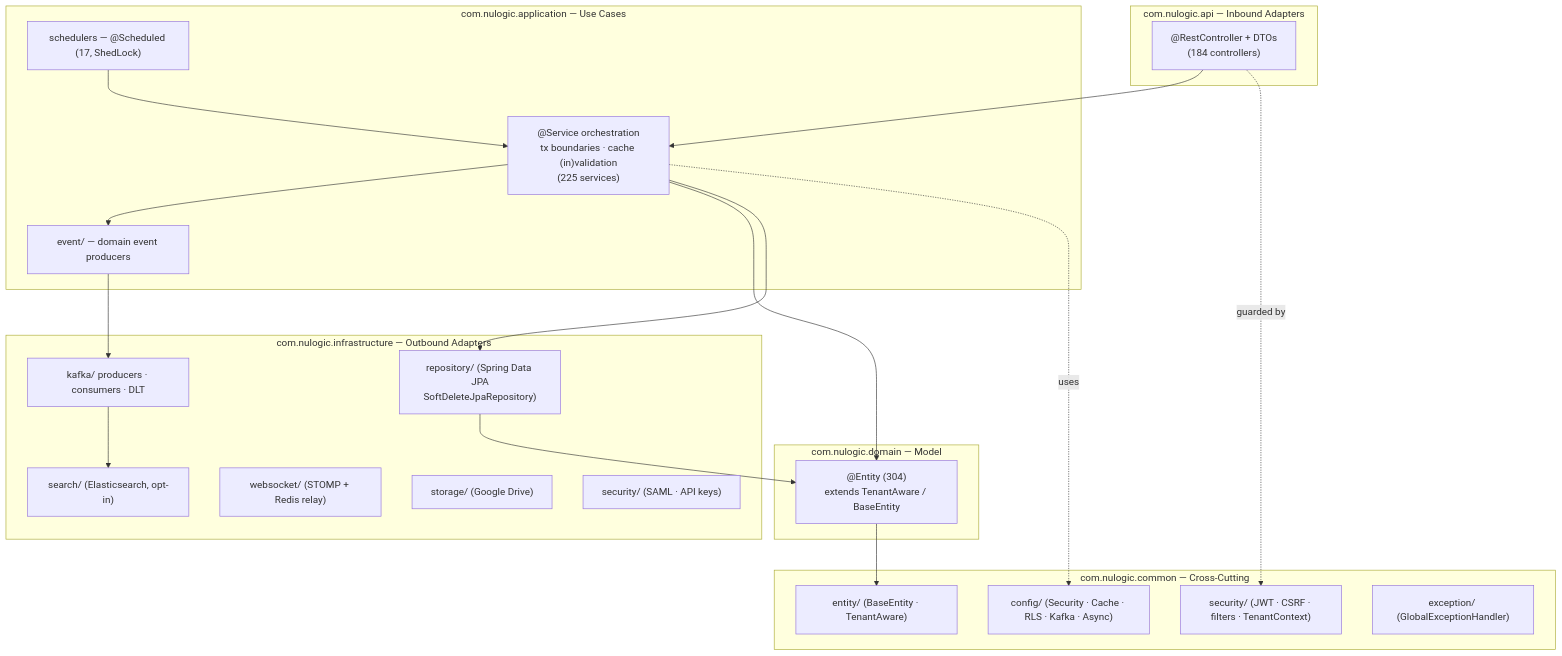
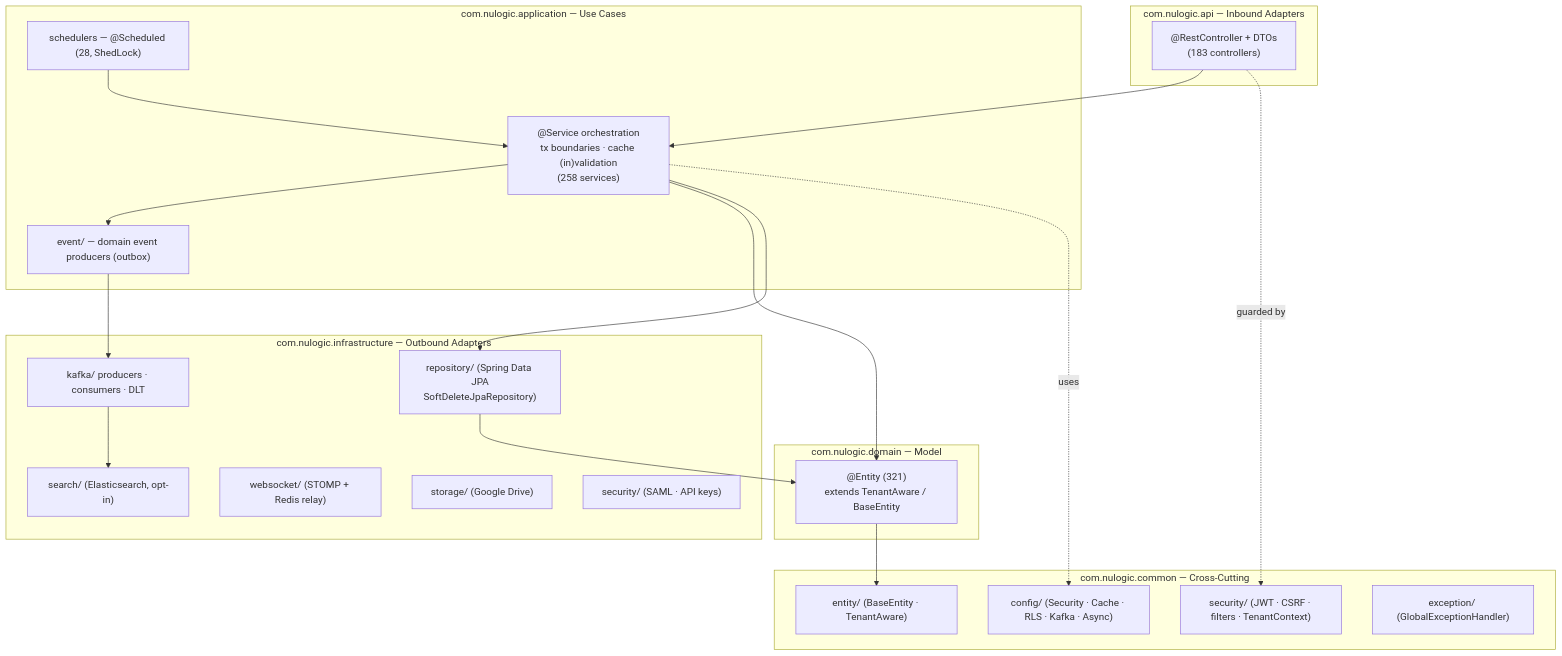
The first of 2 diagrams in docs/obsidian/01-Architecture/C4-Component.md (fayaz30395/nu-aura), drawn with Mermaid before and after one commit. The commit also changed other lines of this file and 45 other files, not shown here.

````diff
--- a/docs/obsidian/01-Architecture/C4-Component.md
+++ b/docs/obsidian/01-Architecture/C4-Component.md
@@ -44,40 +44,40 @@
 ```mermaid
 flowchart TD
     subgraph api["com.nulogic.api — Inbound Adapters"]
-        CTRL["@RestController + DTOs<br/>(184 controllers)"]
+        CTRL["@RestController + DTOs<br/>(183 controllers)"]
     end
     subgraph application["com.nulogic.application — Use Cases"]
-        SVC["@Service orchestration<br/>tx boundaries · cache (in)validation<br/>(225 services)"]
-        EVT["event/ — domain event producers"]
-        SCHED["schedulers — @Scheduled (17, ShedLock)"]
+        SVC["@Service orchestration<br/>tx boundaries · cache (in)validation<br/>(258 services)"]
+        EVT["event/ — domain event producers (outbox)"]
+        SCHED["schedulers — @Scheduled (28, ShedLock)"]
     end
     subgraph domain["com.nulogic.domain — Model"]
-        ENT["@Entity (304)<br/>extends TenantAware / BaseEntity"]
+        ENT["@Entity (321)<br/>extends TenantAware / BaseEntity"]
     end
     subgraph infrastructure["com.nulogic.infrastructure — Outbound Adapters"]
         REPO["repository/ (Spring Data JPA<br/>SoftDeleteJpaRepository)"]
         KAFKA["kafka/ producers · consumers · DLT"]
         SEARCH["search/ (Elasticsearch, opt-in)"]
         WS["websocket/ (STOMP + Redis relay)"]
         STORE["storage/ (Google Drive)"]
         SEC_I["security/ (SAML · API keys)"]
     end
     subgraph common["com.nulogic.common — Cross-Cutting"]
         CFG["config/ (Security · Cache · RLS · Kafka · Async)"]
         SEC_C["security/ (JWT · CSRF · filters · TenantContext)"]
         BASE["entity/ (BaseEntity · TenantAware)"]
         EX["exception/ (GlobalExceptionHandler)"]
     end
 
     CTRL --> SVC
     SVC --> EVT
     SVC --> ENT
     SVC --> REPO
     EVT --> KAFKA
     REPO --> ENT
     KAFKA --> SEARCH
     SCHED --> SVC
     ENT --> BASE
     CTRL -. guarded by .-> SEC_C
     SVC -. uses .-> CFG
 ```
````
